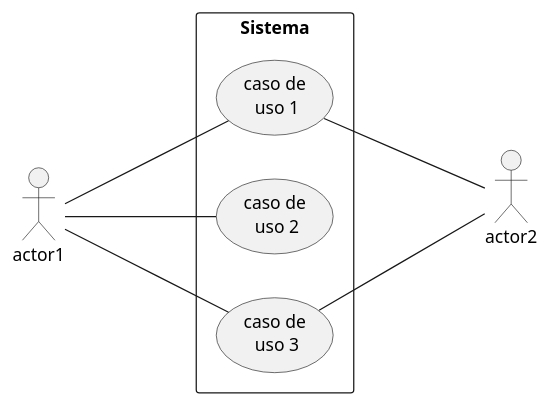
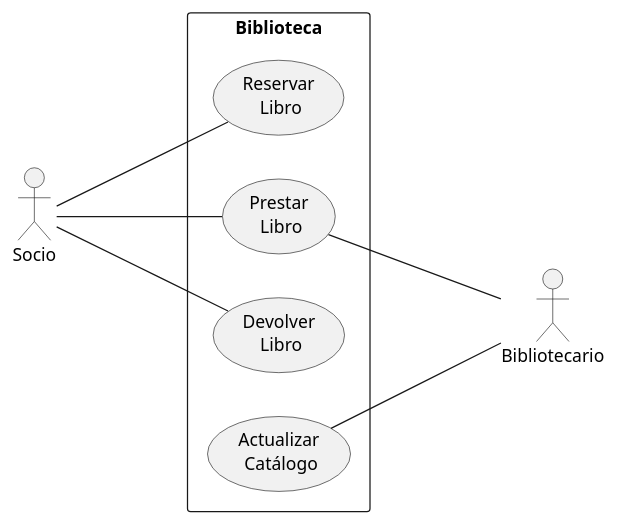
One commit to tatianagarijo/UMLCasosUsoTatianaGarijo changed the diagram in src/Diagrmas_TGA.puml. Above: the diagram before and after it, drawn with PlantUML. The commit also changed 3 other files, not shown here.

```diff
--- a/src/Diagrmas_TGA.puml
+++ b/src/Diagrmas_TGA.puml
@@ -1,16 +1,17 @@
 @startuml
     left to right direction
-    :actor1: as act1
-    rectangle Sistema{
-        usecase "caso de\n uso 1" as uc1
-        usecase "caso de\n uso 2" as uc2
-        usecase "caso de\n uso 3" as uc3
+    :Socio: as soc
+    rectangle Biblioteca{
+        usecase "Reservar\n Libro" as uc1
+        usecase "Prestar\n Libro" as uc2
+        usecase "Devolver\n Libro" as uc3
+        usecase "Actualizar\n Catálogo" as uc4
     }
-    :actor2: as act2
-    act1 --- uc1
-    act1 --- uc2
-    act1 --- uc3
-    uc1 --- act2
-    uc3 --- act2
+    :Bibliotecario: as bibli
+    soc --- uc1
+    soc --- uc2
+    soc --- uc3
+    uc2 --- bibli
+    uc4 --- bibli
 
 @enduml
```
